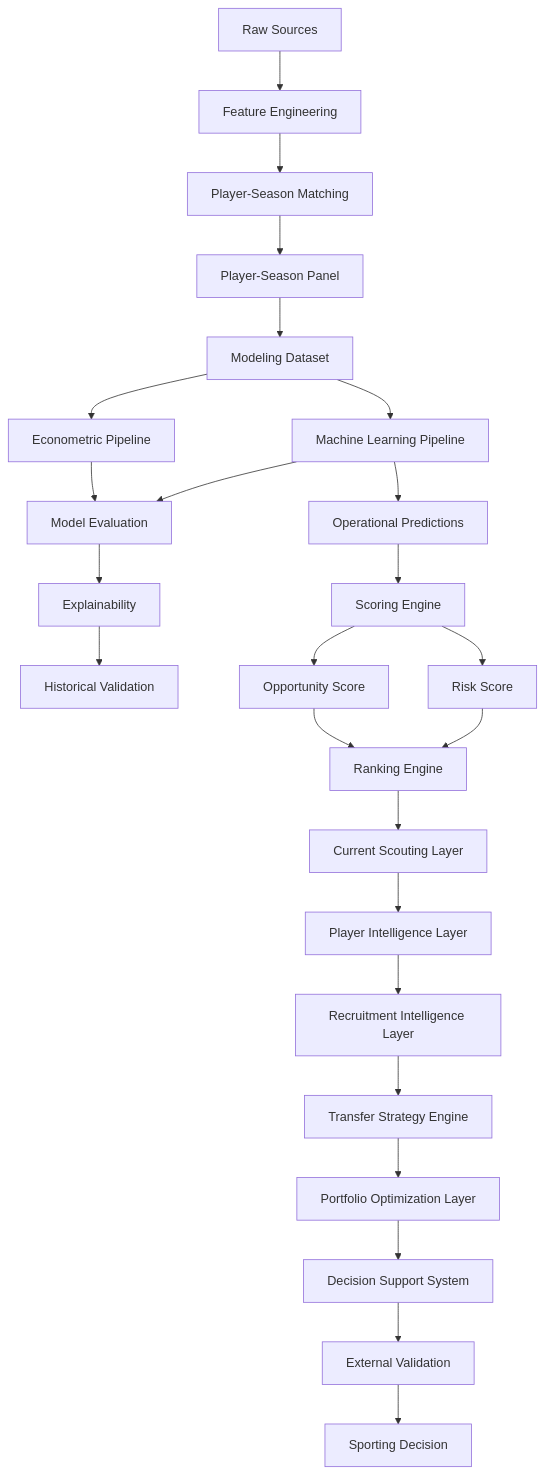
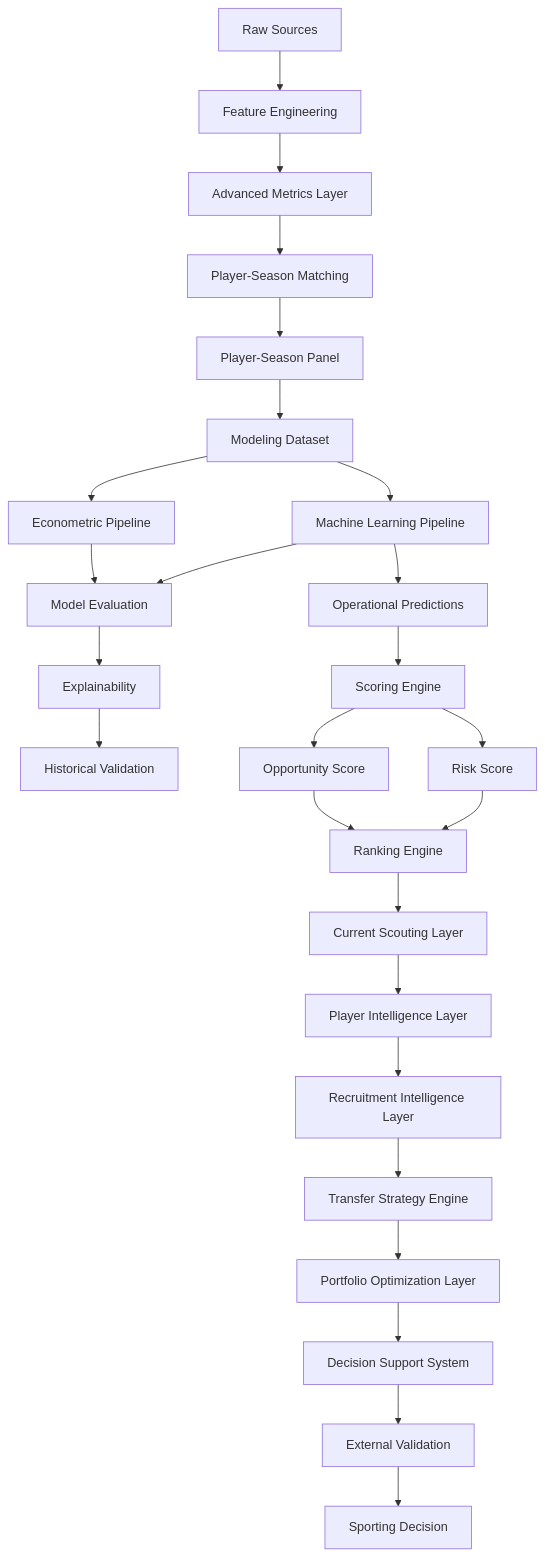
Before and after one commit to manuelpeba/market-value-football-tfm: the diagram in docs/architecture.md, drawn with Mermaid. The commit also changed other lines of this file and 15 other files, not shown here.

````diff
--- a/docs/architecture.md
+++ b/docs/architecture.md
@@ -81,47 +71,50 @@
 ```mermaid
 flowchart TD
 
-A[Raw Sources] --> B[Feature Engineering]
+A[Raw Sources]
+--> B[Feature Engineering]
 
-B --> C[Player-Season Matching]
+B --> C[Advanced Metrics Layer]
 
-C --> D[Player-Season Panel]
+C --> D[Player-Season Matching]
 
-D --> E[Modeling Dataset]
+D --> E[Player-Season Panel]
 
-E --> F[Econometric Pipeline]
-E --> G[Machine Learning Pipeline]
+E --> F[Modeling Dataset]
 
-F --> H[Model Evaluation]
-G --> H
+F --> G[Econometric Pipeline]
+F --> H[Machine Learning Pipeline]
 
-H --> I[Explainability]
+G --> I[Model Evaluation]
+H --> I
 
-I --> J[Historical Validation]
+I --> J[Explainability]
 
-G --> K[Operational Predictions]
+J --> K[Historical Validation]
 
-K --> L[Scoring Engine]
+H --> L[Operational Predictions]
 
-L --> M[Opportunity Score]
-L --> N[Risk Score]
+L --> M[Scoring Engine]
 
-M --> O[Ranking Engine]
-N --> O
+M --> N[Opportunity Score]
+M --> O[Risk Score]
 
-O --> P[Current Scouting Layer]
+N --> P[Ranking Engine]
+O --> P
 
-P --> Q[Player Intelligence Layer]
+P --> Q[Current Scouting Layer]
 
-Q --> R[Recruitment Intelligence Layer]
+Q --> R[Player Intelligence Layer]
 
-R --> S[Transfer Strategy Engine]
+R --> S[Recruitment Intelligence Layer]
 
-S --> T[Portfolio Optimization Layer]
+S --> T[Transfer Strategy Engine]
 
-T --> U[Decision Support System]
+T --> U[Portfolio Optimization Layer]
 
-U --> V[External Validation]
+U --> V[Decision Support System]
 
-V --> W[Sporting Decision]
+V --> W[External Validation]
+
+W --> X[Sporting Decision]
 ```
````
